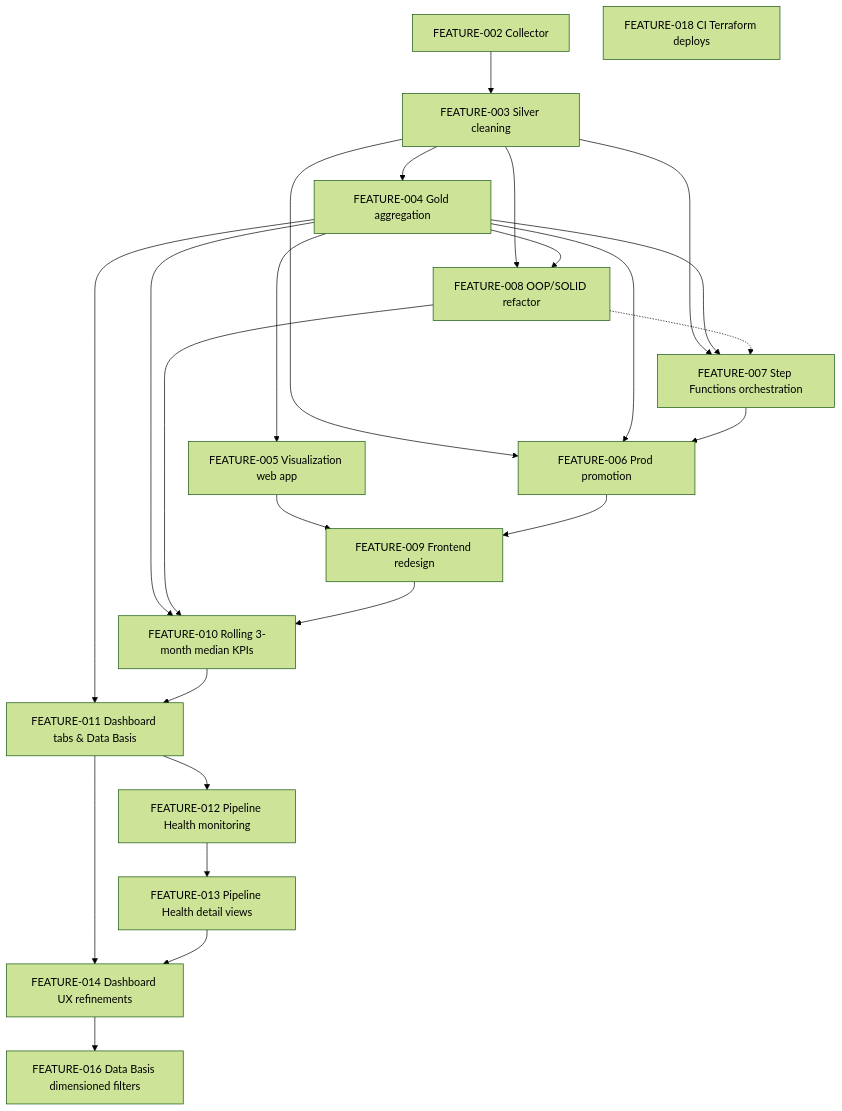
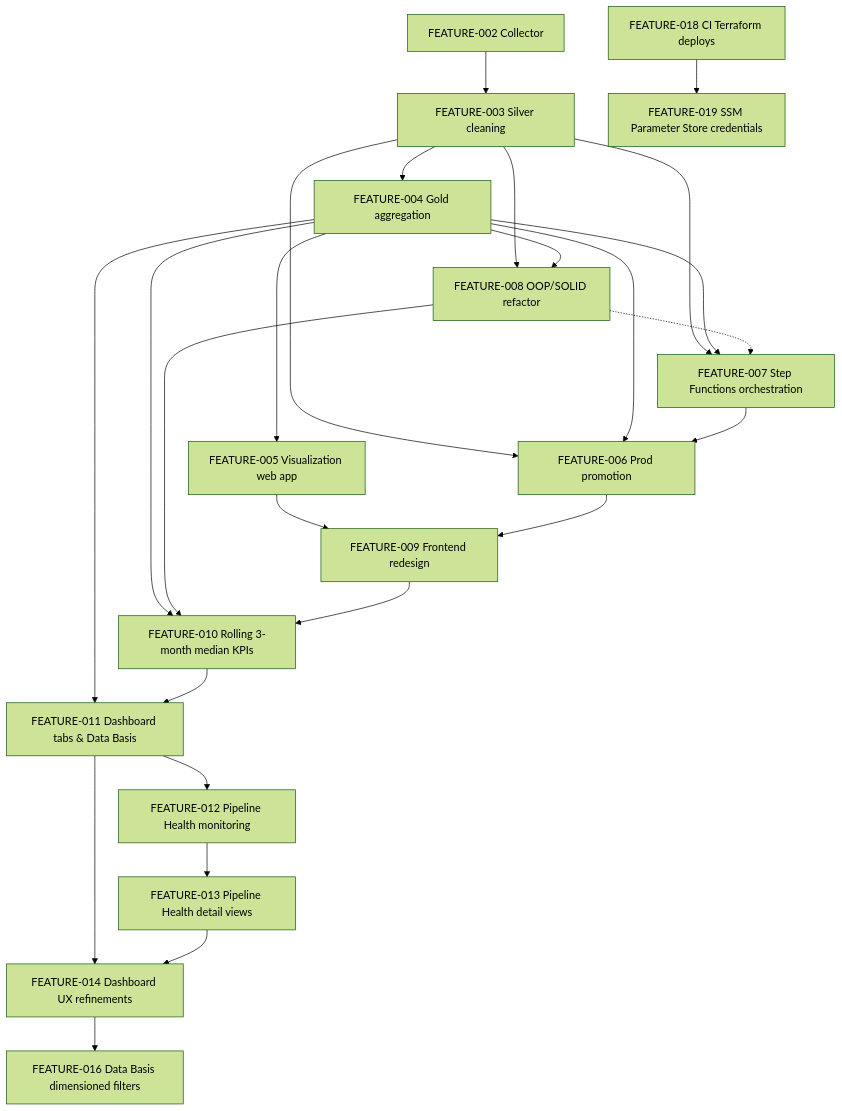
The diagram in dev/plans/README.md (LeopoldWalther/vlc-market-pulse), drawn with Mermaid (forest theme) before and after one commit. The commit also changed other lines of this file and 1 other file, not shown here.

Commit message:
docs(plans): add FEATURE-019 plan for SSM Parameter Store credentials
Claude-Session: https://claude.ai/code/session_01L2HDDqrsWW7a8eMrRBRRND

````diff
--- a/dev/plans/README.md
+++ b/dev/plans/README.md
@@ -32,27 +33,28 @@
 ```mermaid
 graph TD
     F002[FEATURE-002 Collector] --> F003[FEATURE-003 Silver cleaning]
     F003 --> F004[FEATURE-004 Gold aggregation]
     F004 --> F005[FEATURE-005 Visualization web app]
     F003 --> F006[FEATURE-006 Prod promotion]
     F004 --> F006
     F003 --> F007[FEATURE-007 Step Functions orchestration]
     F004 --> F007
     F007 --> F006
     F003 --> F008[FEATURE-008 OOP/SOLID refactor]
     F004 --> F008
     F008 -.-> F007
     F005 --> F009[FEATURE-009 Frontend redesign]
     F006 --> F009
     F004 --> F010[FEATURE-010 Rolling 3-month median KPIs]
     F008 --> F010
     F009 --> F010
     F004 --> F011[FEATURE-011 Dashboard tabs & Data Basis]
     F010 --> F011
     F011 --> F012[FEATURE-012 Pipeline Health monitoring]
     F012 --> F013[FEATURE-013 Pipeline Health detail views]
     F011 --> F014[FEATURE-014 Dashboard UX refinements]
     F013 --> F014
     F014 --> F016[FEATURE-016 Data Basis dimensioned filters]
     F018[FEATURE-018 CI Terraform deploys]
+    F018 --> F019[FEATURE-019 SSM Parameter Store credentials]
 ```
````
